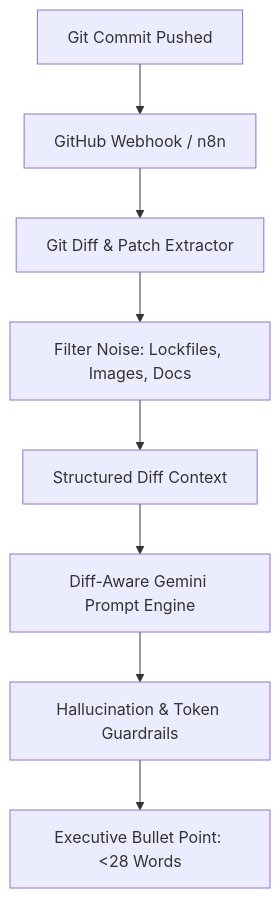
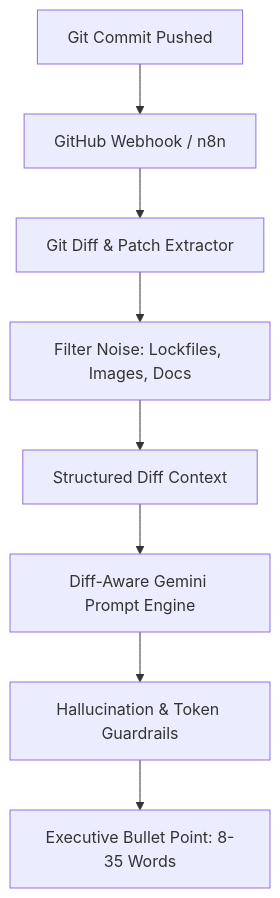
One commit to yjaveria3-netizen/Resume-Automation changed the diagram in docs/1_PAGE_AND_DIFF_ENGINE.md. Above: the diagram before and after it, drawn with Mermaid. The commit also changed other lines of this file and 96 other files, not shown here.

````diff
--- a/docs/1_PAGE_AND_DIFF_ENGINE.md
+++ b/docs/1_PAGE_AND_DIFF_ENGINE.md
@@ -40,10 +30,10 @@
 ```mermaid
 flowchart TD
     Commit[Git Commit Pushed] --> Webhook[GitHub Webhook / n8n]
     Webhook --> DiffParser[Git Diff & Patch Extractor]
     DiffParser --> Filter[Filter Noise: Lockfiles, Images, Docs]
     Filter --> PatchSummary[Structured Diff Context]
     PatchSummary --> GeminiPrompt[Diff-Aware Gemini Prompt Engine]
     GeminiPrompt --> Guardrail[Hallucination & Token Guardrails]
-    Guardrail --> Result[Executive Bullet Point: <28 Words]
+    Guardrail --> Result[Executive Bullet Point: 8-35 Words]
 ```
````
